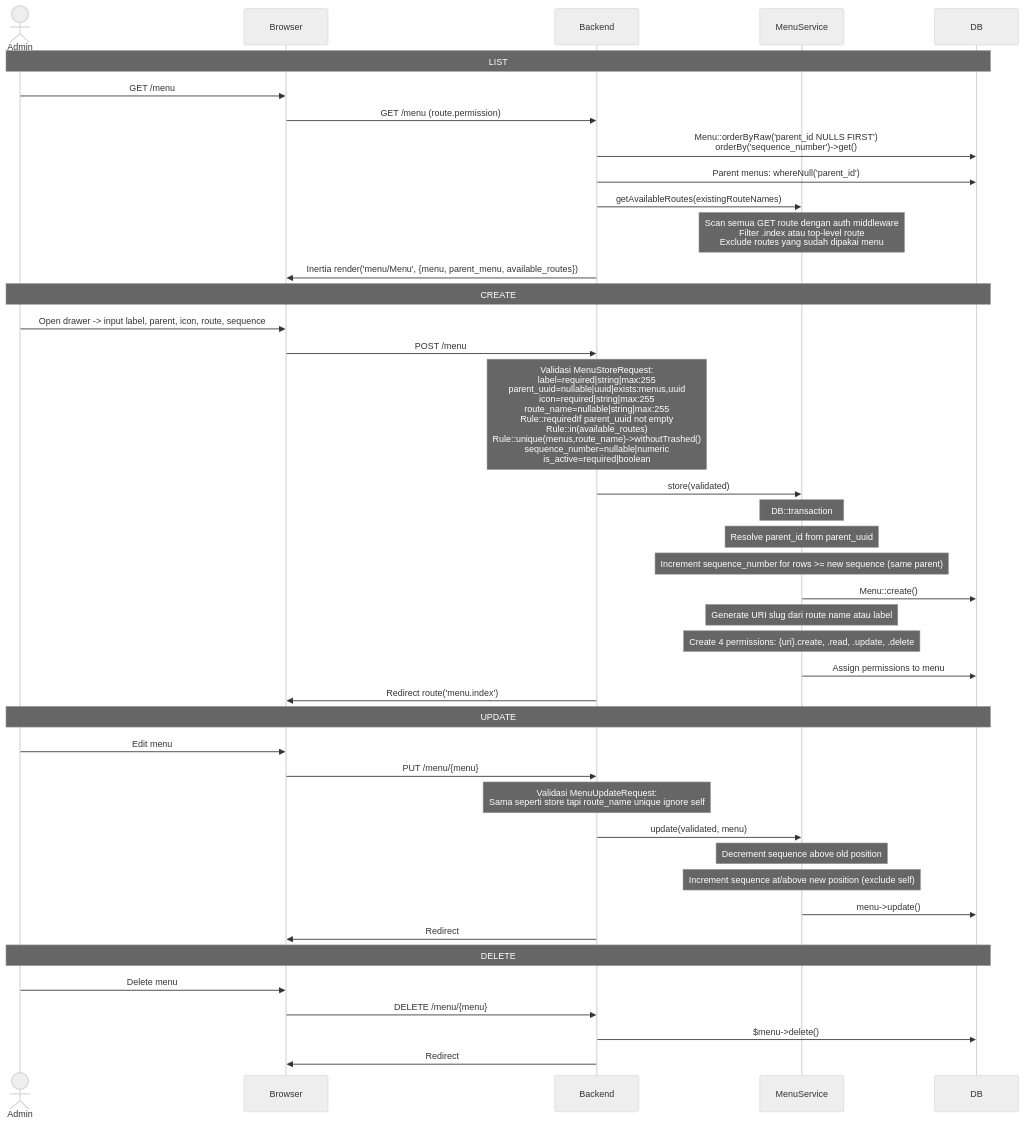
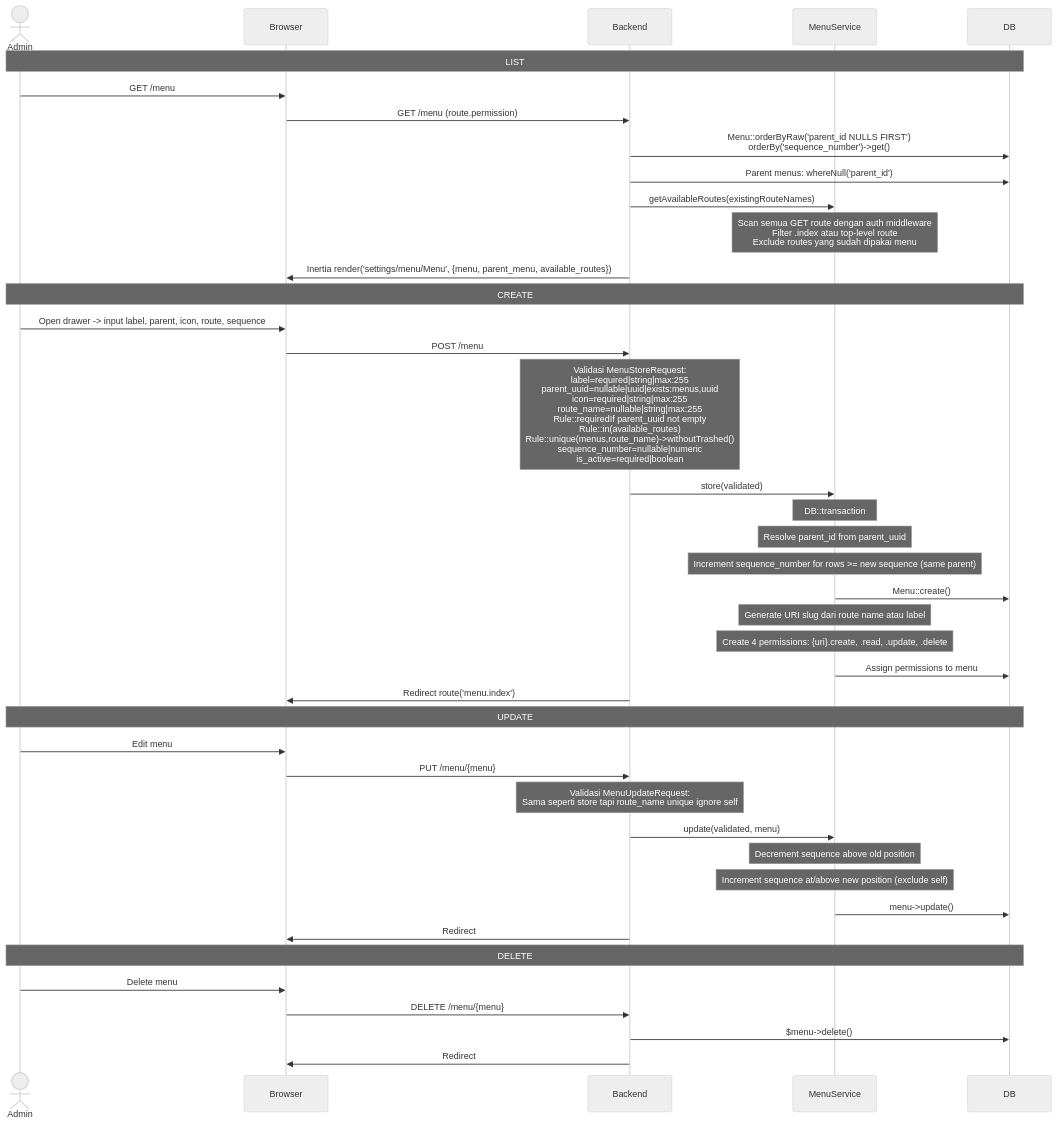
The diagram in docs/menu/management.md (priamitra273/laptoplain), drawn with Mermaid (neutral theme) before and after one commit. The commit also changed other lines of this file and 108 other files, not shown here.

First line of the commit message:
feat: build out project-lazy tabs (Kanban, Report, Team, Detail, Timeline) on Nuxt UI

````diff
--- a/docs/menu/management.md
+++ b/docs/menu/management.md
@@ -9,51 +9,51 @@
 ```mermaid
 sequenceDiagram
     actor Admin
     participant Browser
     participant Backend
     participant MenuService
     participant DB
 
     Note over Admin,DB: LIST
     Admin->>Browser: GET /menu
     Browser->>Backend: GET /menu (route.permission)
     Backend->>DB: Menu::orderByRaw('parent_id NULLS FIRST')<br/>orderBy('sequence_number')->get()
     Backend->>DB: Parent menus: whereNull('parent_id')
     Backend->>MenuService: getAvailableRoutes(existingRouteNames)
     Note over MenuService: Scan semua GET route dengan auth middleware<br/>Filter .index atau top-level route<br/>Exclude routes yang sudah dipakai menu
-    Backend->>Browser: Inertia render('menu/Menu', {menu, parent_menu, available_routes})
+    Backend->>Browser: Inertia render('settings/menu/Menu', {menu, parent_menu, available_routes})
 
     Note over Admin,DB: CREATE
     Admin->>Browser: Open drawer -> input label, parent, icon, route, sequence
     Browser->>Backend: POST /menu
 
     Note over Backend: Validasi MenuStoreRequest:<br/>label=required|string|max:255<br/>parent_uuid=nullable|uuid|exists:menus,uuid<br/>icon=required|string|max:255<br/>route_name=nullable|string|max:255<br/>  Rule::requiredIf parent_uuid not empty<br/>  Rule::in(available_routes)<br/>  Rule::unique(menus,route_name)->withoutTrashed()<br/>sequence_number=nullable|numeric<br/>is_active=required|boolean
 
     Backend->>MenuService: store(validated)
     Note over MenuService: DB::transaction
     Note over MenuService: Resolve parent_id from parent_uuid
     Note over MenuService: Increment sequence_number for rows >= new sequence (same parent)
     MenuService->>DB: Menu::create()
     Note over MenuService: Generate URI slug dari route name atau label
     Note over MenuService: Create 4 permissions: {uri}.create, .read, .update, .delete
     MenuService->>DB: Assign permissions to menu
     Backend->>Browser: Redirect route('menu.index')
 
     Note over Admin,DB: UPDATE
     Admin->>Browser: Edit menu
     Browser->>Backend: PUT /menu/{menu}
 
     Note over Backend: Validasi MenuUpdateRequest:<br/>Sama seperti store tapi route_name unique ignore self
 
     Backend->>MenuService: update(validated, menu)
     Note over MenuService: Decrement sequence above old position
     Note over MenuService: Increment sequence at/above new position (exclude self)
     MenuService->>DB: menu->update()
     Backend->>Browser: Redirect
 
     Note over Admin,DB: DELETE
     Admin->>Browser: Delete menu
     Browser->>Backend: DELETE /menu/{menu}
     Backend->>DB: $menu->delete()
     Backend->>Browser: Redirect
 ```
````
